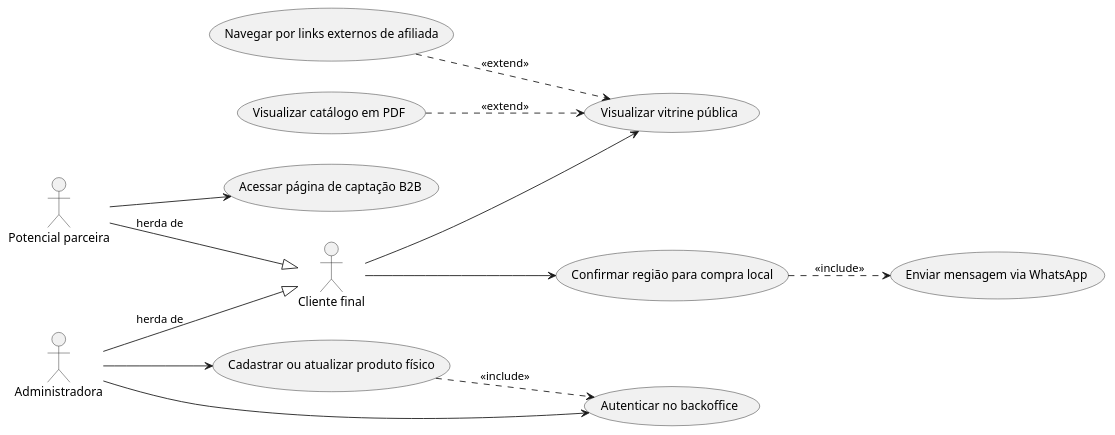
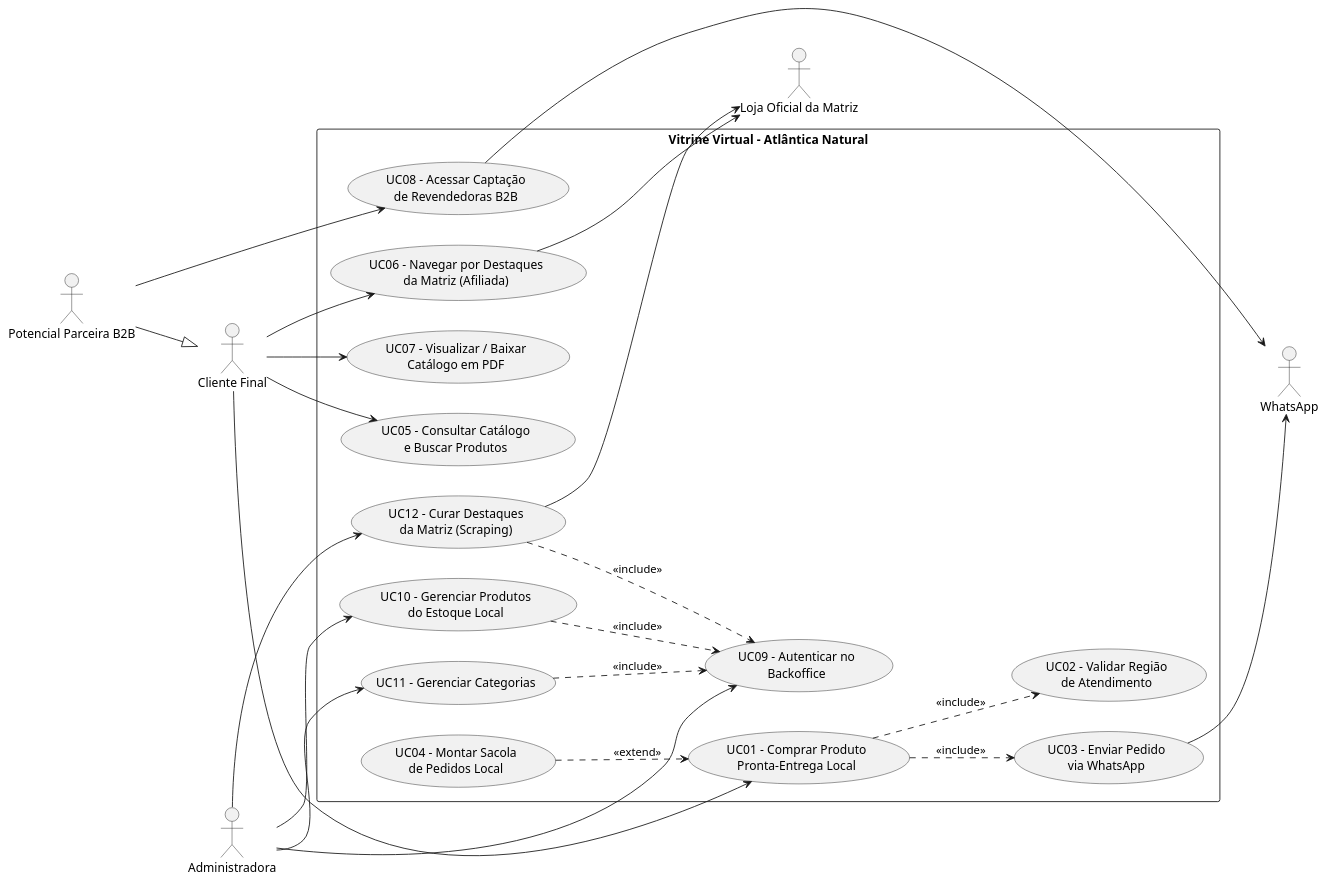
One commit to LuHenRe/Projeto-Revendedora-Atlantica-Natural changed the diagram in docs/arquitetura/03-casos-de-uso.md. Above: the diagram before and after it, drawn with PlantUML. The commit also changed other lines of this file and 15 other files, not shown here.

Commit message:
docs: adiciona segunda apresentacao e atualiza diagramas e requisitos

````diff
--- a/docs/arquitetura/03-casos-de-uso.md
+++ b/docs/arquitetura/03-casos-de-uso.md
@@ -14,34 +13,53 @@
 ```plantuml
 @startuml
 left to right direction
 skinparam actorStyle stick
 
-actor "Cliente final" as Cliente
-actor "Potencial parceira" as Parceira
+actor "Cliente Final" as Cliente
+actor "Potencial Parceira B2B" as Parceira
 actor "Administradora" as Admin
+actor "WhatsApp" as WA
+actor "Loja Oficial da Matriz" as Matriz
 
-Admin --|> Cliente : herda de
-Parceira --|> Cliente : herda de
+Parceira --|> Cliente
 
-usecase "Visualizar vitrine pública" as UC01
-usecase "Confirmar região para compra local" as UC02
-usecase "Enviar mensagem via WhatsApp" as UC03
-usecase "Navegar por links externos de afiliada" as UC04
-usecase "Visualizar catálogo em PDF" as UC05
-usecase "Acessar página de captação B2B" as UC06
-usecase "Cadastrar ou atualizar produto físico" as UC07
-usecase "Autenticar no backoffice" as UC08
+rectangle "Vitrine Virtual - Atlântica Natural" {
+  usecase "UC01 - Comprar Produto\nPronta-Entrega Local" as UC01
+  usecase "UC02 - Validar Região\nde Atendimento" as UC02
+  usecase "UC03 - Enviar Pedido\nvia WhatsApp" as UC03
+  usecase "UC04 - Montar Sacola\nde Pedidos Local" as UC04
+  usecase "UC05 - Consultar Catálogo\ne Buscar Produtos" as UC05
+  usecase "UC06 - Navegar por Destaques\nda Matriz (Afiliada)" as UC06
+  usecase "UC07 - Visualizar / Baixar\nCatálogo em PDF" as UC07
+  usecase "UC08 - Acessar Captação\nde Revendedoras B2B" as UC08
+  usecase "UC09 - Autenticar no\nBackoffice" as UC09
+  usecase "UC10 - Gerenciar Produtos\ndo Estoque Local" as UC10
+  usecase "UC11 - Gerenciar Categorias" as UC11
+  usecase "UC12 - Curar Destaques\nda Matriz (Scraping)" as UC12
+}
 
 Cliente --> UC01
-Cliente --> UC02
-UC02 ..> UC03 : <<include>>
+Cliente --> UC05
+Cliente --> UC06
+Cliente --> UC07
+Parceira --> UC08
+
+UC01 ..> UC02 : <<include>>
+UC01 ..> UC03 : <<include>>
 UC04 ..> UC01 : <<extend>>
-UC05 ..> UC01 : <<extend>>
 
-Parceira --> UC06
+UC03 --> WA
+UC08 --> WA
+UC06 --> Matriz
 
-Admin --> UC07
-UC07 ..> UC08 : <<include>>
-Admin --> UC08
+Admin --> UC09
+Admin --> UC10
+Admin --> UC11
+Admin --> UC12
+
+UC10 ..> UC09 : <<include>>
+UC11 ..> UC09 : <<include>>
+UC12 ..> UC09 : <<include>>
+UC12 --> Matriz
 @enduml
 ```
````
